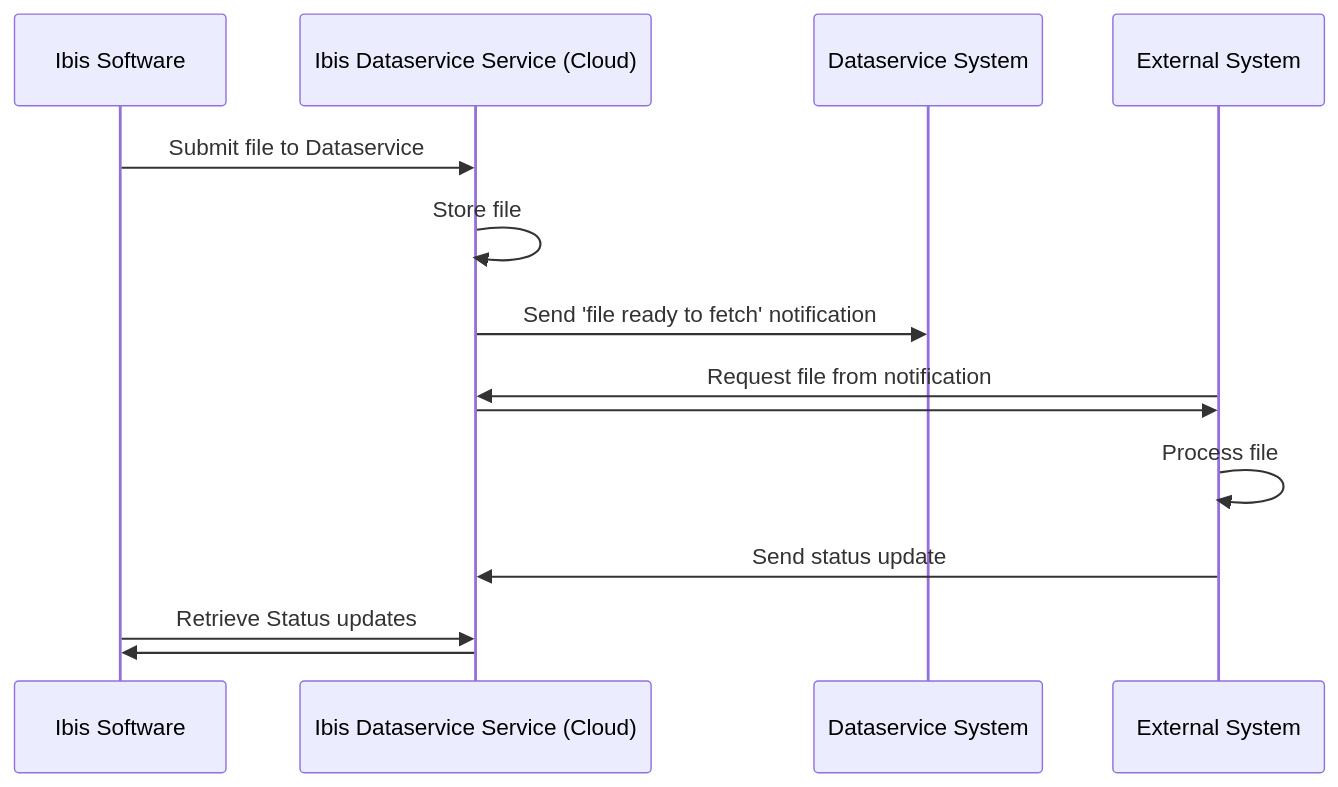
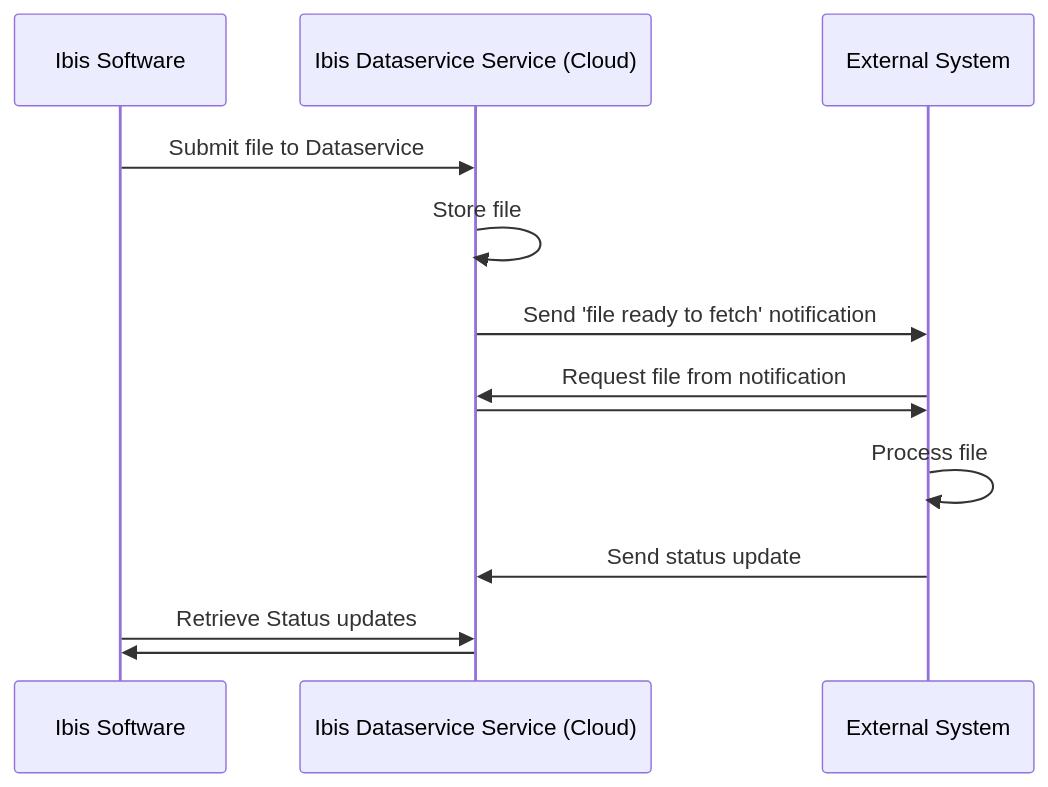
The diagram in README.md (Brink-Software/Ibis.Dataservice.Demo), drawn with Mermaid before and after one commit.

````diff
--- a/README.md
+++ b/README.md
@@ -12,12 +12,12 @@
 ```mermaid
 sequenceDiagram
   Ibis Software->>Ibis Dataservice Service (Cloud): Submit file to Dataservice
   Ibis Dataservice Service (Cloud)->>Ibis Dataservice Service (Cloud): Store file
-  Ibis Dataservice Service (Cloud)->>Dataservice System:Send 'file ready to fetch' notification
+  Ibis Dataservice Service (Cloud)->>External System:Send 'file ready to fetch' notification
   External System->>Ibis Dataservice Service (Cloud): Request file from notification
   Ibis Dataservice Service (Cloud)->>External System: 
   External System->>External System: Process file
   External System->>Ibis Dataservice Service (Cloud): Send status update
   Ibis Software ->> Ibis Dataservice Service (Cloud): Retrieve Status updates
   Ibis Dataservice Service (Cloud) ->> Ibis Software: 
 ```
````
